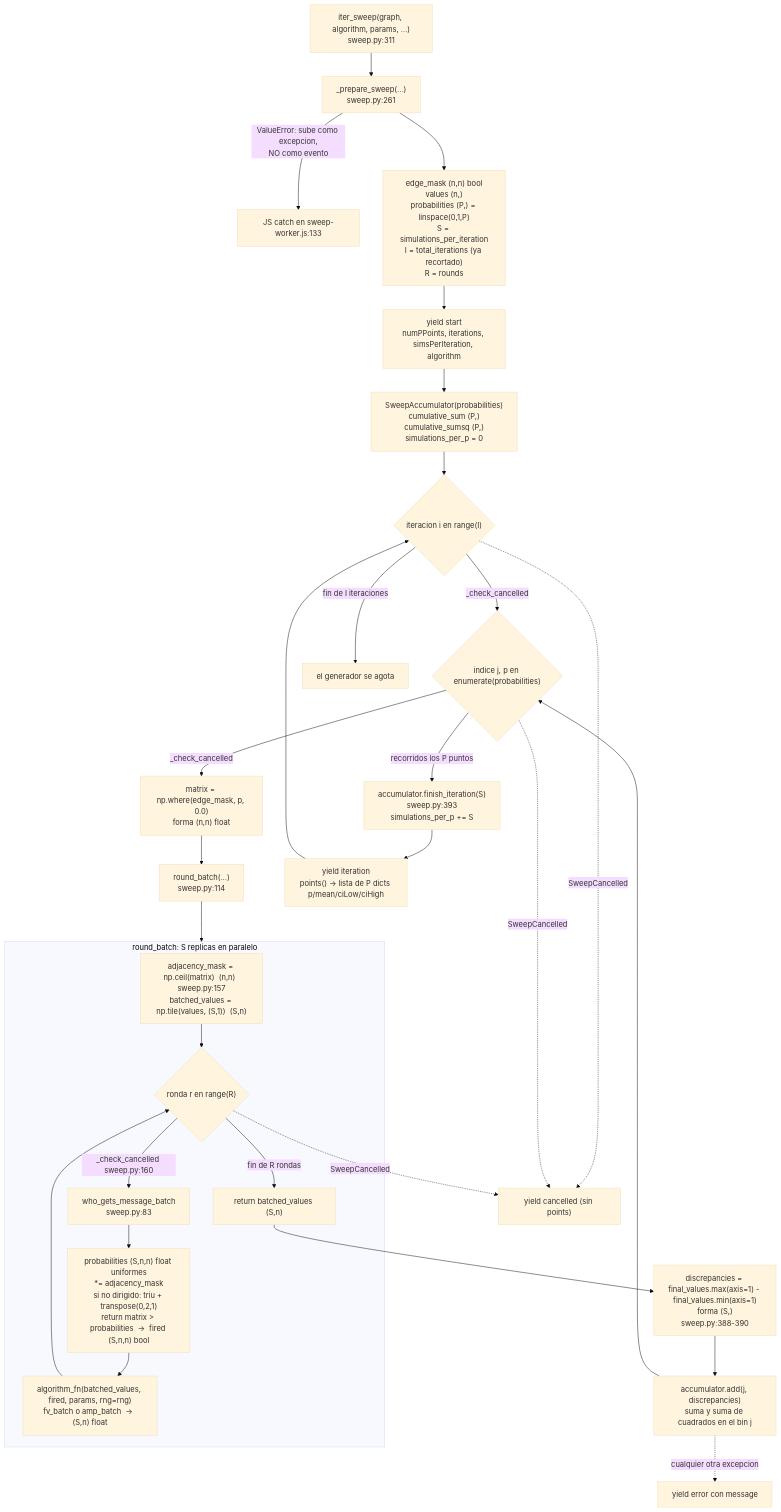
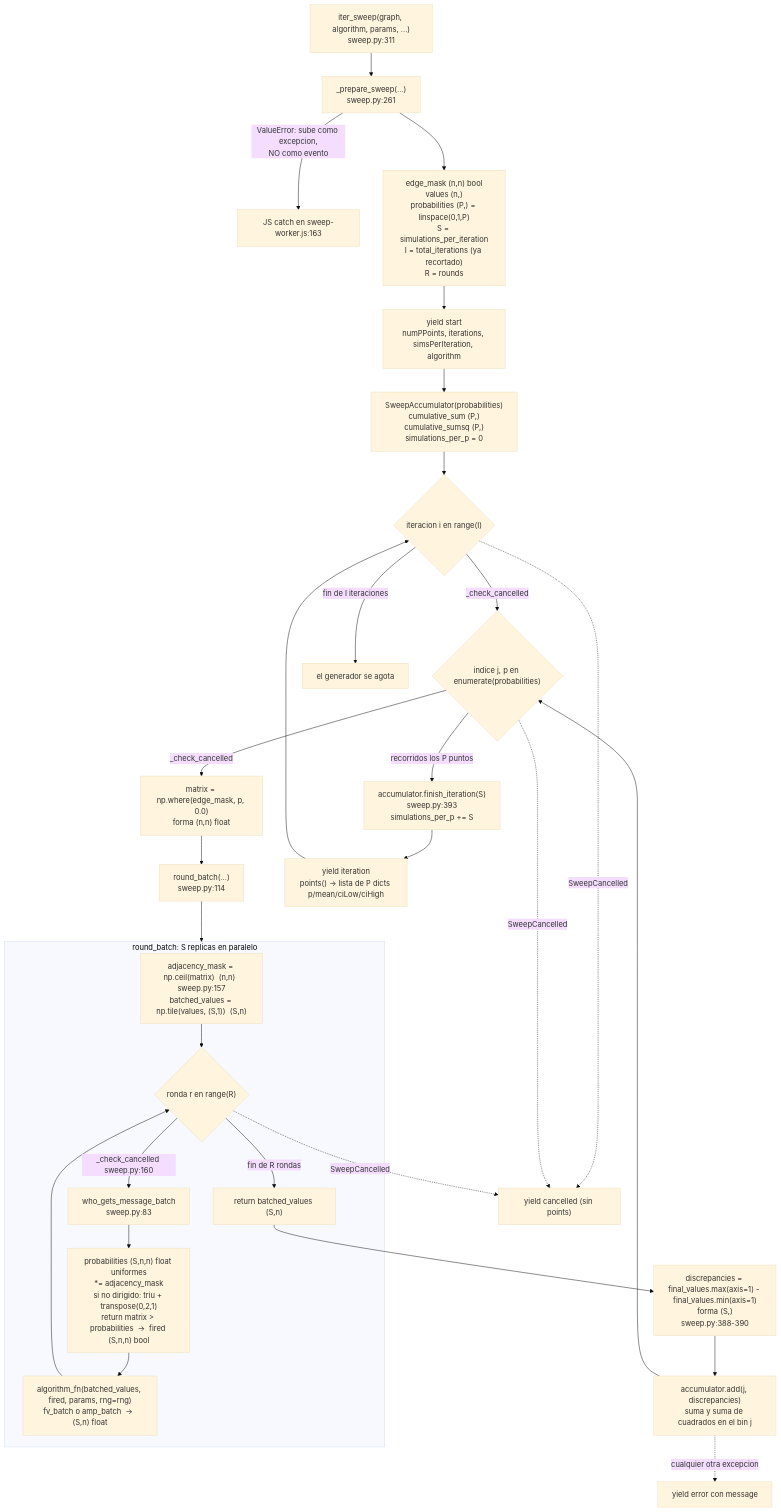
One commit to Rou-uu/consenso-simulador changed the second of 4 diagrams in docs/05-barrido-sweep.md. Above: the diagram before and after it, drawn with Mermaid (base theme). The commit also changed other lines of this file and 19 other files, not shown here.

````diff
--- a/docs/05-barrido-sweep.md
+++ b/docs/05-barrido-sweep.md
@@ -196,37 +196,37 @@
 ```mermaid
 flowchart TD
     A["iter_sweep(graph, algorithm, params, ...)<br/>sweep.py:311"] --> B["_prepare_sweep(...)<br/>sweep.py:261"]
-    B -->|"ValueError: sube como excepcion,<br/>NO como evento"| X["JS catch en sweep-worker.js:133"]
+    B -->|"ValueError: sube como excepcion,<br/>NO como evento"| X["JS catch en sweep-worker.js:163"]
     B --> C["edge_mask (n,n) bool<br/>values (n,)<br/>probabilities (P,) = linspace(0,1,P)<br/>S = simulations_per_iteration<br/>I = total_iterations (ya recortado)<br/>R = rounds"]
     C --> D["yield start<br/>numPPoints, iterations, simsPerIteration, algorithm"]
     D --> E["SweepAccumulator(probabilities)<br/>cumulative_sum (P,)<br/>cumulative_sumsq (P,)<br/>simulations_per_p = 0"]
 
     E --> L1{"iteracion i en range(I)"}
     L1 -->|"_check_cancelled"| L2{"indice j, p en enumerate(probabilities)"}
     L2 -->|"_check_cancelled"| M["matrix = np.where(edge_mask, p, 0.0)<br/>forma (n,n) float"]
     M --> RB["round_batch(...)<br/>sweep.py:114"]
 
     subgraph RBX ["round_batch: S replicas en paralelo"]
         RB1["adjacency_mask = np.ceil(matrix)  (n,n)  sweep.py:157<br/>batched_values = np.tile(values, (S,1))  (S,n)"]
         RB1 --> RL{"ronda r en range(R)"}
         RL -->|"_check_cancelled sweep.py:160"| WGM["who_gets_message_batch<br/>sweep.py:83"]
         WGM --> WG1["probabilities (S,n,n) float uniformes<br/>*= adjacency_mask<br/>si no dirigido: triu + transpose(0,2,1)<br/>return matrix > probabilities  ->  fired (S,n,n) bool"]
         WG1 --> ALG["algorithm_fn(batched_values, fired, params, rng=rng)<br/>fv_batch o amp_batch  ->  (S,n) float"]
         ALG --> RL
         RL -->|"fin de R rondas"| RBOUT["return batched_values (S,n)"]
     end
 
     RB --> RBX
     RBOUT --> DISC["discrepancies = final_values.max(axis=1) - final_values.min(axis=1)<br/>forma (S,)<br/>sweep.py:388-390"]
     DISC --> ADD["accumulator.add(j, discrepancies)<br/>suma y suma de cuadrados en el bin j"]
     ADD --> L2
     L2 -->|"recorridos los P puntos"| FIN["accumulator.finish_iteration(S)<br/>sweep.py:393<br/>simulations_per_p += S"]
     FIN --> YI["yield iteration<br/>points() -> lista de P dicts p/mean/ciLow/ciHigh"]
     YI --> L1
     L1 -->|"fin de I iteraciones"| END["el generador se agota"]
 
     L1 -.->|"SweepCancelled"| CANC["yield cancelled (sin points)"]
     L2 -.->|"SweepCancelled"| CANC
     RL -.->|"SweepCancelled"| CANC
     ADD -.->|"cualquier otra excepcion"| ERRE["yield error con message"]
 ```
````
